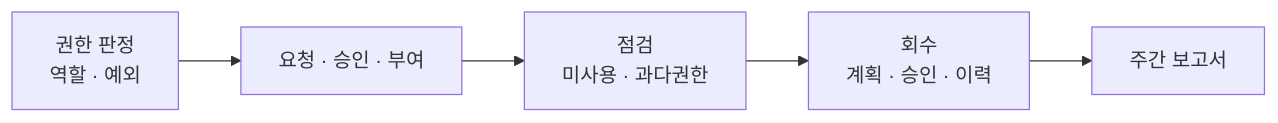
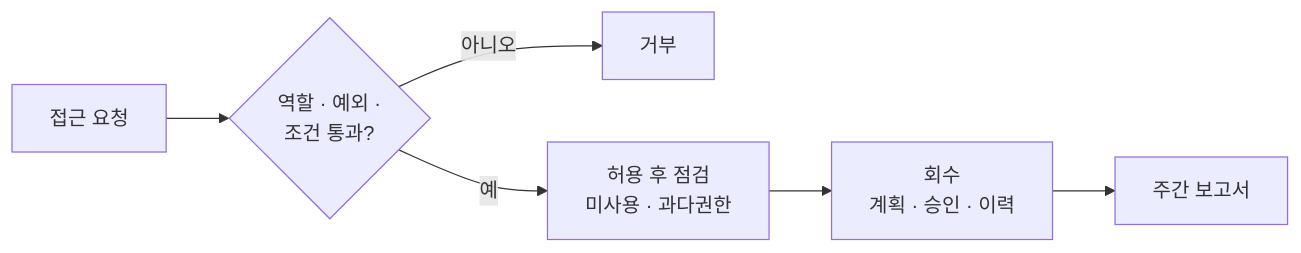
The third of 4 diagrams in Readme.md (mdkk0220/security-agent-toolkit), drawn with Mermaid before and after one commit. The commit also changed other lines of this file and 3 other files, not shown here.

````diff
--- a/Readme.md
+++ b/Readme.md
@@ -46,7 +57,8 @@
 ```mermaid
 flowchart LR
-    A["권한 판정<br/>역할 · 예외"] --> B["요청 · 승인 · 부여"]
-    B --> C["점검<br/>미사용 · 과다권한"]
-    C --> D["회수<br/>계획 · 승인 · 이력"]
-    D --> E["주간 보고서"]
+    A["접근 요청"] --> B{"역할 · 예외 ·<br/>조건 통과?"}
+    B -- 아니오 --> X["거부"]
+    B -- 예 --> D["허용 후 점검<br/>미사용 · 과다권한"]
+    D --> E["회수<br/>계획 · 승인 · 이력"]
+    E --> F["주간 보고서"]
 ```
````
